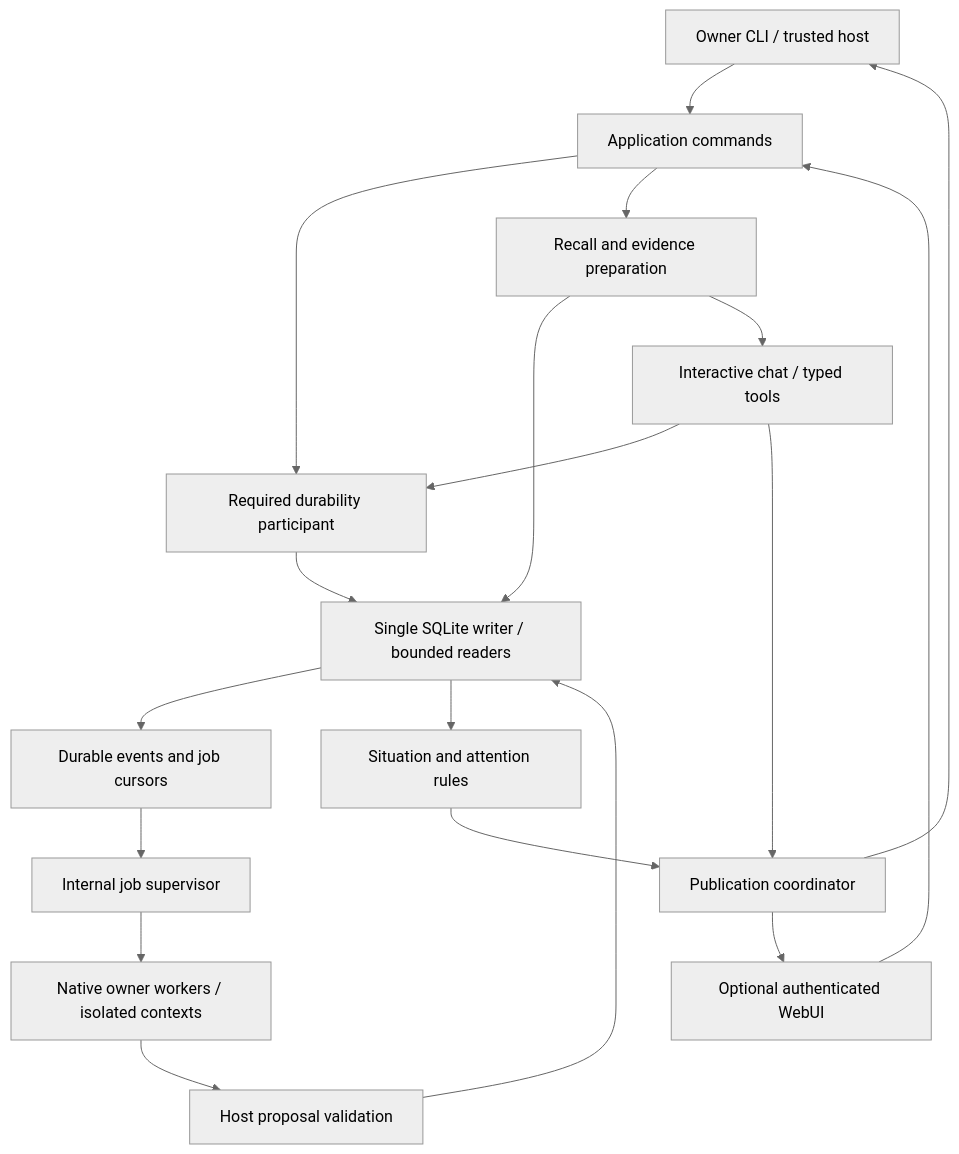
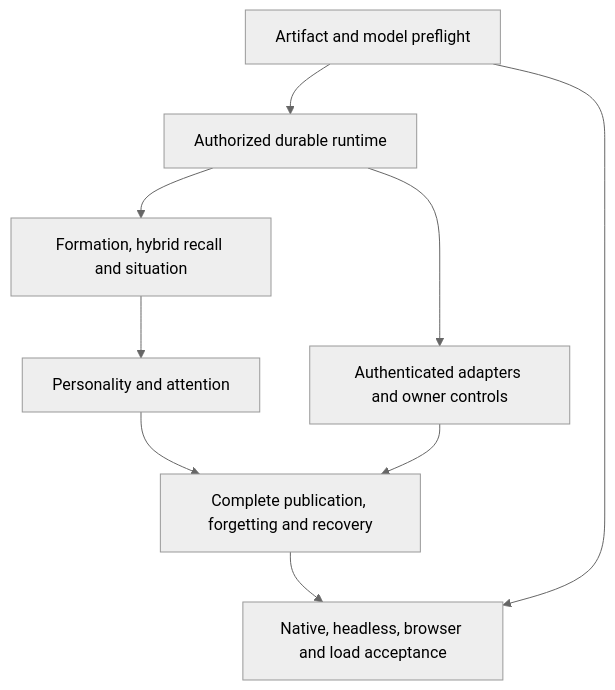
One commit to acidpointer/assistant changed the diagram in docs/memory-integration-plan.md. Above: the diagram before and after it, drawn with Mermaid (neutral theme). The commit also changed other lines of this file and 3 other files, not shown here.

````diff
--- a/docs/memory-integration-plan.md
+++ b/docs/memory-integration-plan.md
@@ -97,21 +151,11 @@
 ```mermaid
 flowchart TD
-    H[Owner CLI / trusted host] --> A[Application commands]
-    W[Optional authenticated WebUI] --> A
-    A --> D[Required durability participant]
-    D --> S[Single SQLite writer / bounded readers]
-    A --> R[Recall and evidence preparation]
-    R --> S
-    R --> G[Interactive chat / typed tools]
-    G --> D
-    G --> P[Publication coordinator]
-    S --> E[Durable events and job cursors]
-    E --> J[Internal job supervisor]
-    J --> N[Native owner workers / isolated contexts]
-    N --> V[Host proposal validation]
-    V --> S
-    S --> I[Situation and attention rules]
-    I --> P
-    P --> H
-    P --> W
+    A[Artifact and model preflight] --> B[Authorized durable runtime]
+    B --> C[Formation, hybrid recall and situation]
+    C --> D[Personality and attention]
+    B --> E[Authenticated adapters and owner controls]
+    D --> F[Complete publication, forgetting and recovery]
+    E --> F
+    F --> G[Native, headless, browser and load acceptance]
+    A --> G
 ```
````
